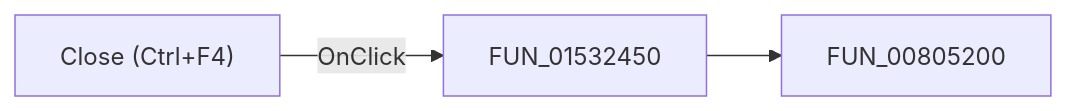
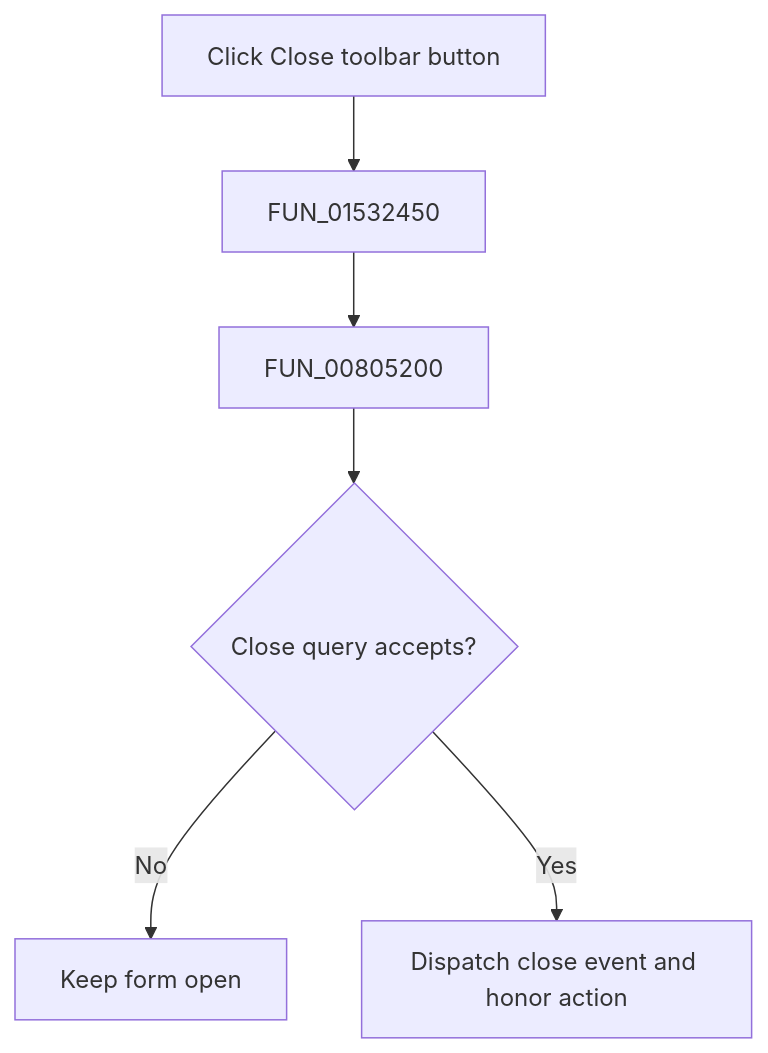
Before and after one commit to MovGP0/TIARA: the diagram in docs/ui-controls/netlisteditor/toolclose-015b269c82.md, drawn with Mermaid. The commit also changed other lines of this file and 1062 other files, not shown here.

````diff
--- a/docs/ui-controls/netlisteditor/toolclose-015b269c82.md
+++ b/docs/ui-controls/netlisteditor/toolclose-015b269c82.md
@@ -27,5 +29,8 @@
 ```mermaid
-flowchart LR
-    control["Close (Ctrl+F4)"] -->|OnClick| handler["FUN_01532450"]
-    handler --> call1["FUN_00805200"]
+flowchart TD
+    control["Click Close toolbar button"] --> handler["FUN_01532450"]
+    handler --> close["FUN_00805200"]
+    close --> query{"Close query accepts?"}
+    query -->|No| cancel["Keep form open"]
+    query -->|Yes| action["Dispatch close event and honor action"]
 ```
````
